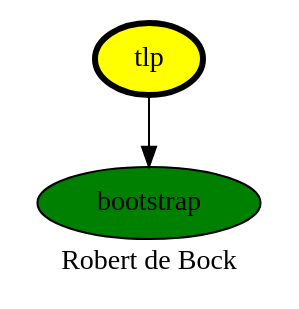
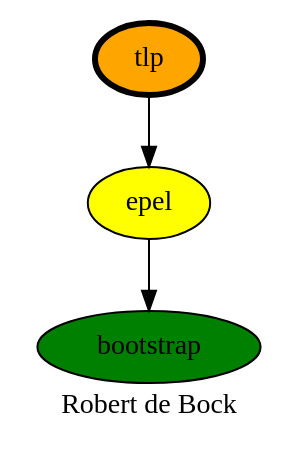
Before and after one commit to robertdebock/drawings: the diagram in tlp.dot, drawn with Graphviz. The commit also changed 1 other file, not shown here.

Commit message:
Depend on epel.

```diff
--- a/tlp.dot
+++ b/tlp.dot
@@ -1,9 +1,11 @@
 digraph PhiloDilemma {
   label = "Robert de Bock" ;
   overlap=false
   {
     bootstrap [fillcolor=green style=filled]
-    tlp [fillcolor=yellow style=filled penwidth=3]
+    epel [fillcolor=yellow style=filled]
+    tlp [fillcolor=orange style=filled penwidth=3]
   }
-  tlp -> bootstrap
+  tlp -> epel
+  epel -> bootstrap
 }
```
